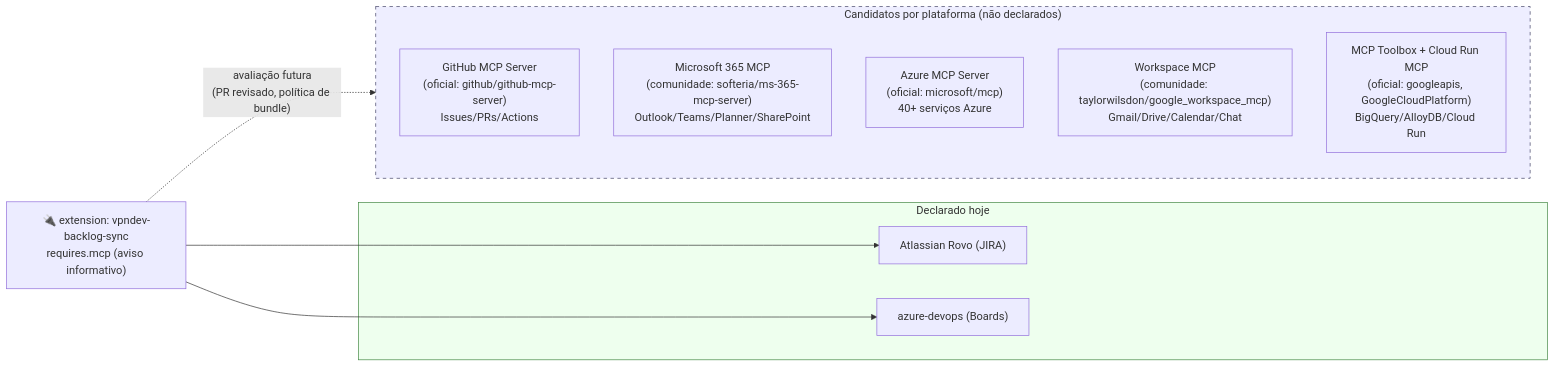
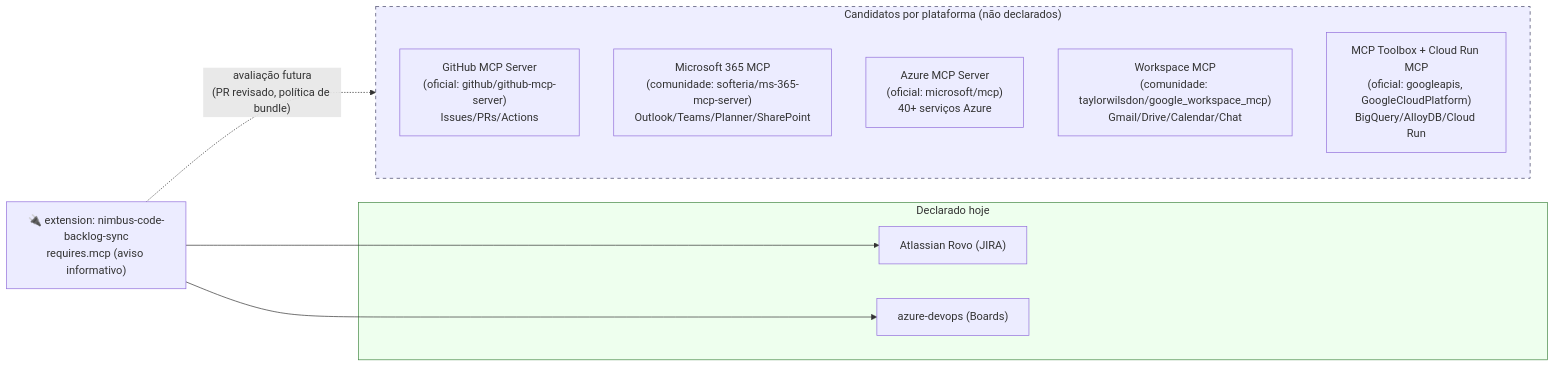
One commit to lrodriguesvpn/nimbus-code changed the fifth of 5 diagrams in docs/bundle-architecture.md. Above: the diagram before and after it, drawn with Mermaid. The commit also changed other lines of this file and 91 other files, not shown here.

Commit message:
feat!: rename vpndev → Nimbus-Code, remove User Story, branch only on implement (preset v1.7.0, workflow v1.3.0)

````diff
--- a/docs/bundle-architecture.md
+++ b/docs/bundle-architecture.md
@@ -143,25 +143,25 @@
 ```mermaid
 flowchart LR
-    EXT["🔌 extension: vpndev-backlog-sync\nrequires.mcp (aviso informativo)"]
+    EXT["🔌 extension: nimbus-code-backlog-sync\nrequires.mcp (aviso informativo)"]
 
     subgraph HOJE["Declarado hoje"]
         JIRA["Atlassian Rovo (JIRA)"]
         ADO["azure-devops (Boards)"]
     end
 
     subgraph CANDIDATOS["Candidatos por plataforma (não declarados)"]
         direction TB
         GH["GitHub MCP Server\n(oficial: github/github-mcp-server)\nIssues/PRs/Actions"]
         M365["Microsoft 365 MCP\n(comunidade: softeria/ms-365-mcp-server)\nOutlook/Teams/Planner/SharePoint"]
         AZ["Azure MCP Server\n(oficial: microsoft/mcp)\n40+ serviços Azure"]
         GWS["Workspace MCP\n(comunidade: taylorwilsdon/google_workspace_mcp)\nGmail/Drive/Calendar/Chat"]
         GCP["MCP Toolbox + Cloud Run MCP\n(oficial: googleapis, GoogleCloudPlatform)\nBigQuery/AlloyDB/Cloud Run"]
     end
 
     EXT --> JIRA
     EXT --> ADO
     EXT -. "avaliação futura\n(PR revisado, política de bundle)" .-> CANDIDATOS
 
     style HOJE fill:#efe,stroke:#484
     style CANDIDATOS fill:#eef,stroke:#446,stroke-dasharray: 5 5
 ```
````
